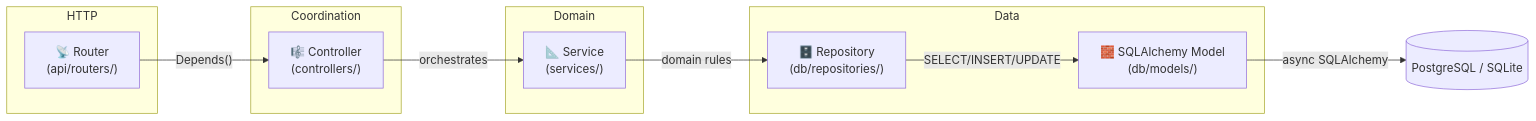
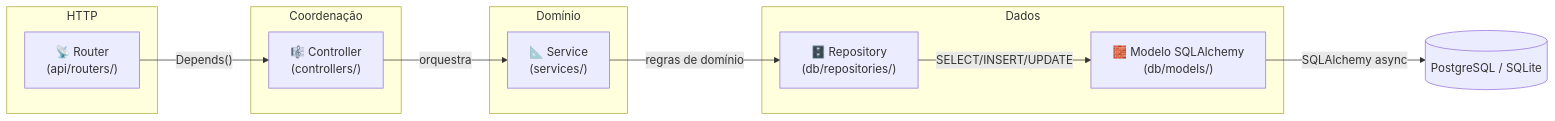
One commit to mauriciobenjamin700/tempest-fastapi-sdk changed the first of 2 diagrams in docs/architecture.md. Above: the diagram before and after it, drawn with Mermaid. The commit also changed other lines of this file and 37 other files, not shown here.

````diff
--- a/docs/architecture.md
+++ b/docs/architecture.md
@@ -7,23 +7,23 @@
 ```mermaid
 flowchart LR
     subgraph HTTP
         Router["📡 Router\n(api/routers/)"]
     end
-    subgraph Coordination
+    subgraph Coordenação
         Controller["🎼 Controller\n(controllers/)"]
     end
-    subgraph Domain
+    subgraph Domínio
         Service["📐 Service\n(services/)"]
     end
-    subgraph Data
+    subgraph Dados
         Repository["🗄️ Repository\n(db/repositories/)"]
-        Model["🧱 SQLAlchemy Model\n(db/models/)"]
+        Model["🧱 Modelo SQLAlchemy\n(db/models/)"]
     end
     DB[(PostgreSQL / SQLite)]
 
     Router -->|"Depends()"| Controller
-    Controller -->|orchestrates| Service
-    Service -->|domain rules| Repository
+    Controller -->|orquestra| Service
+    Service -->|regras de domínio| Repository
     Repository -->|"SELECT/INSERT/UPDATE"| Model
-    Model -->|async SQLAlchemy| DB
+    Model -->|SQLAlchemy async| DB
 ```
````
